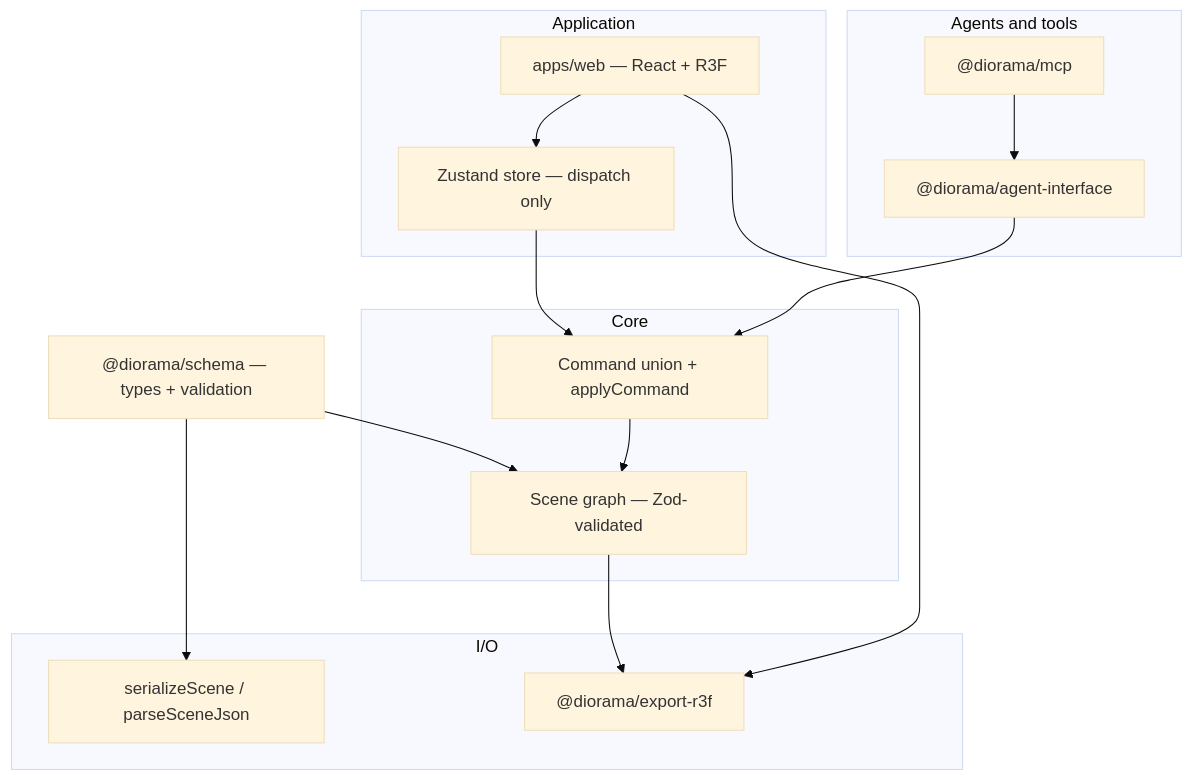
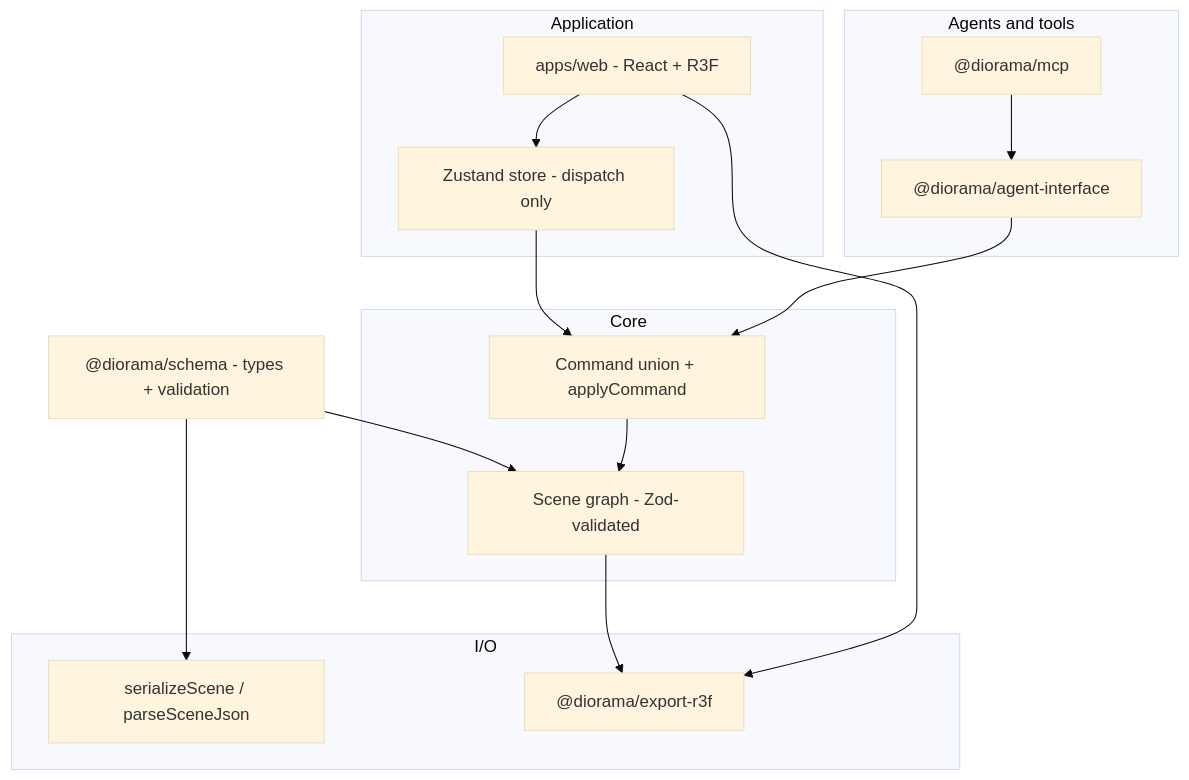
The diagram in docs/ARCHITECTURE.md (makumasaka/scenegraph-ai), drawn with Mermaid (base theme) before and after one commit. The commit also changed other lines of this file and 44 other files, not shown here.

````diff
--- a/docs/ARCHITECTURE.md
+++ b/docs/ARCHITECTURE.md
@@ -7,29 +7,29 @@
 ```mermaid
 flowchart TB
   subgraph agents [Agents and tools]
     MCP["@diorama/mcp"]
     AIF["@diorama/agent-interface"]
   end
   subgraph app [Application]
-    Web["apps/web — React + R3F"]
-    Store["Zustand store — dispatch only"]
+    Web["apps/web - React + R3F"]
+    Store["Zustand store - dispatch only"]
   end
   subgraph core [Core]
     Cmd["Command union + applyCommand"]
-    Scene["Scene graph — Zod-validated"]
+    Scene["Scene graph - Zod-validated"]
   end
   subgraph io [I/O]
     Ser["serializeScene / parseSceneJson"]
     Exp["@diorama/export-r3f"]
   end
-  Schema["@diorama/schema — types + validation"]
+  Schema["@diorama/schema - types + validation"]
   Schema --> Scene
   Schema --> Ser
   Cmd --> Scene
   Store --> Cmd
   Web --> Store
   AIF --> Cmd
   MCP --> AIF
   Scene --> Exp
   Web --> Exp
 ```
````
